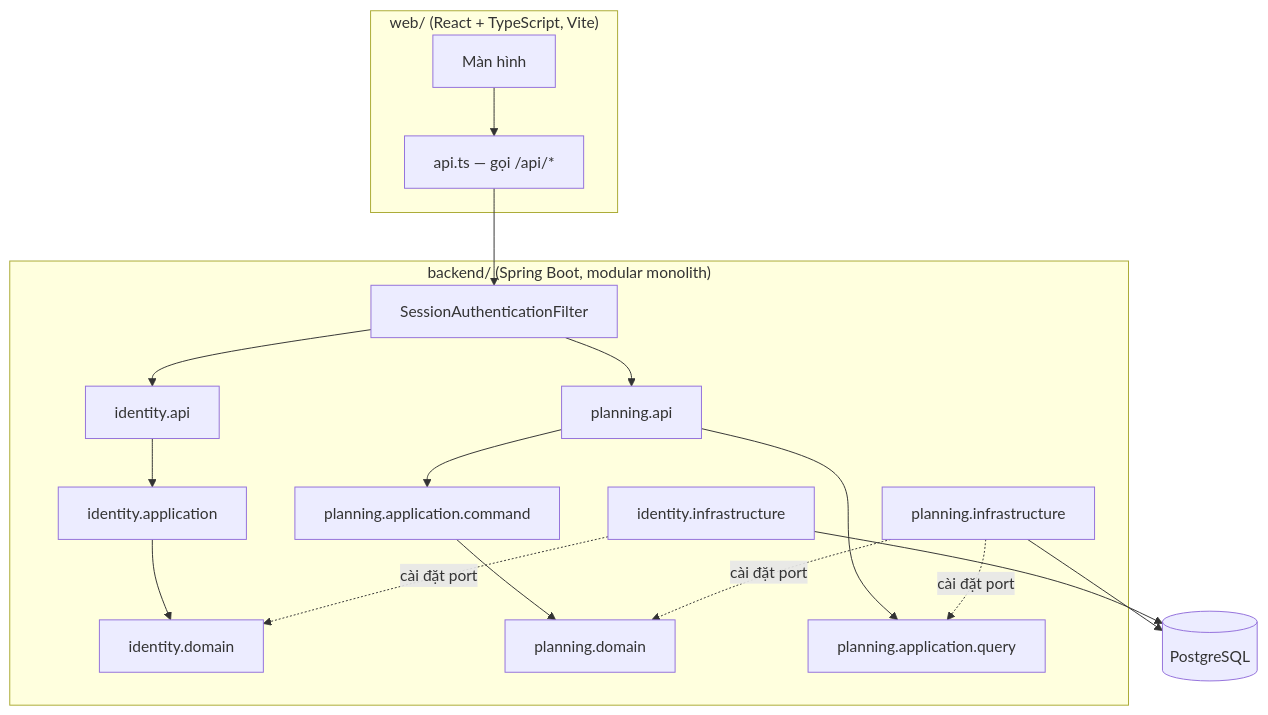
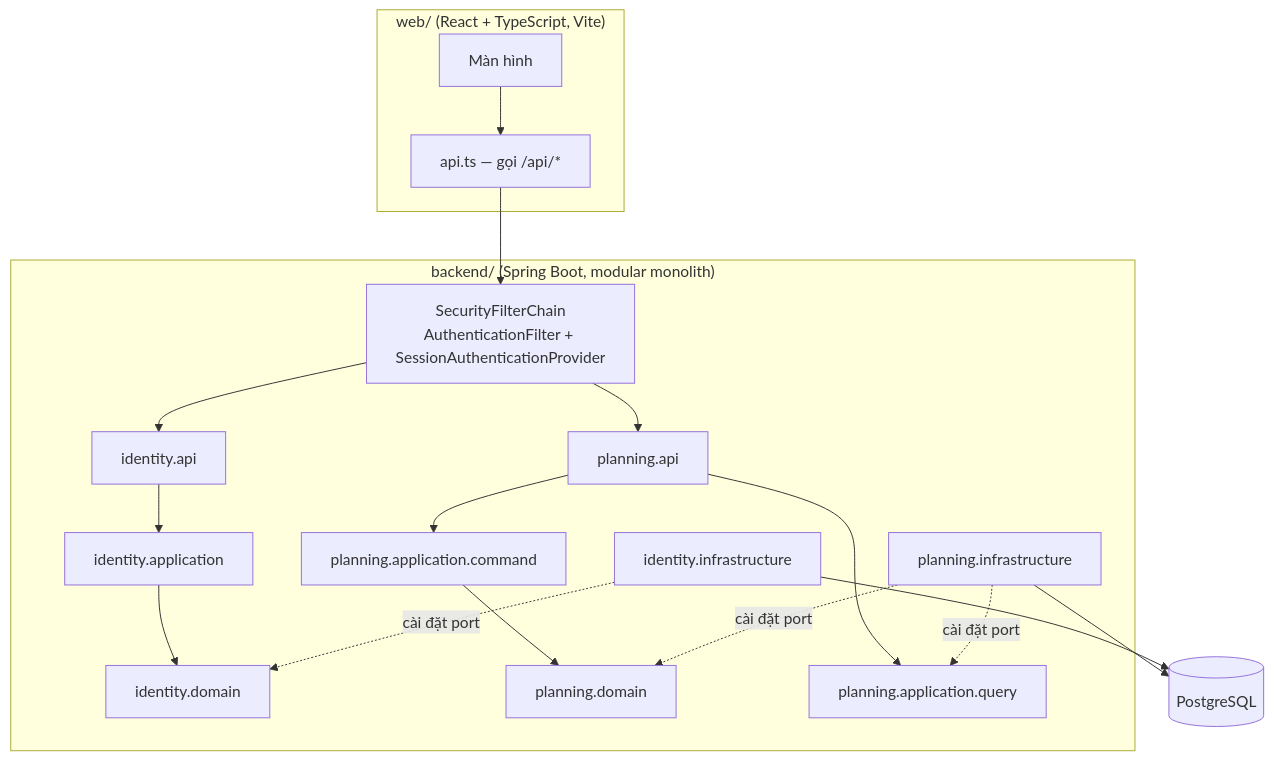
Before and after one commit to dungv798/Wander: the diagram in docs/architecture/README.md, drawn with Mermaid. The commit also changed other lines of this file and 191 other files, not shown here.

````diff
--- a/docs/architecture/README.md
+++ b/docs/architecture/README.md
@@ -9,19 +9,19 @@
 ```mermaid
 flowchart TB
   subgraph web["web/ (React + TypeScript, Vite)"]
     UI[Màn hình] --> API_TS[api.ts — gọi /api/*]
   end
   subgraph backend["backend/ (Spring Boot, modular monolith)"]
-    F[SessionAuthenticationFilter] --> C1[identity.api]
+    F[SecurityFilterChain<br/>AuthenticationFilter + SessionAuthenticationProvider] --> C1[identity.api]
     F --> C2[planning.api]
     C1 --> A1[identity.application] --> D1[identity.domain]
     C2 --> A2c[planning.application.command] --> D2[planning.domain]
     C2 --> A2q[planning.application.query]
     I1[identity.infrastructure] -.cài đặt port.-> D1
     I2[planning.infrastructure] -.cài đặt port.-> D2
     I2 -.cài đặt port.-> A2q
   end
   API_TS --> F
   I1 --> PG[(PostgreSQL)]
   I2 --> PG
 ```
````
